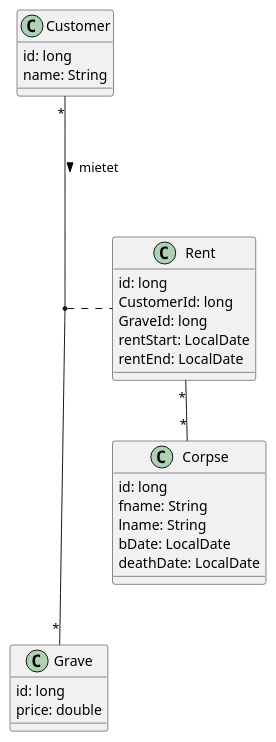
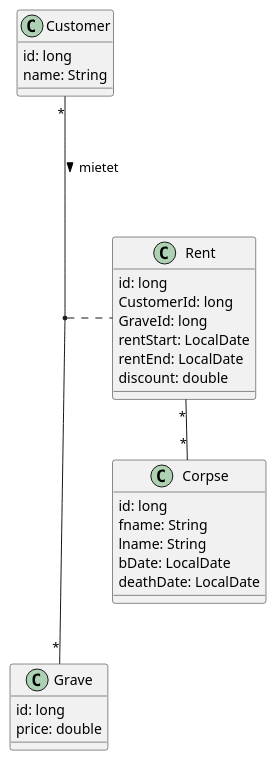
One commit to 2122-4ahif-nvs/01-microproject-FunnySkillz changed the diagram in plantuml/fhverwaltung.puml. Above: the diagram before and after it, drawn with PlantUML. The commit also changed 3 other files, not shown here.

```diff
--- a/plantuml/fhverwaltung.puml
+++ b/plantuml/fhverwaltung.puml
@@ -1,33 +1,34 @@
 @startuml
 
 class Customer{
     id: long
     name: String
 }
 
 class Grave{
     id: long
     price: double
 }
 
 class Rent{
     id: long
     CustomerId: long
     GraveId: long
     rentStart: LocalDate
     rentEnd: LocalDate
+    discount: double
 }
 
 class Corpse {
     id: long
     fname: String
     lname: String
     bDate: LocalDate
     deathDate: LocalDate
 }
 
 Customer "*"---"*" Grave: mietet >
 Rent "*"--"*" Corpse
 (Customer, Grave) .. Rent
 
 @enduml
```
